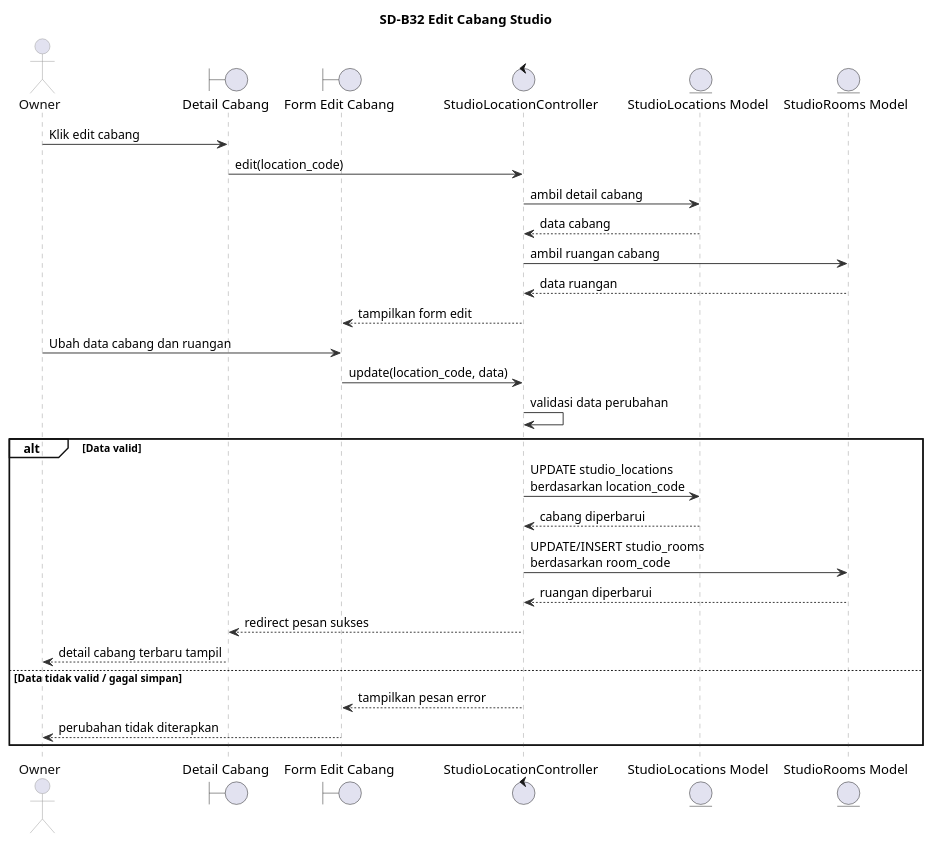
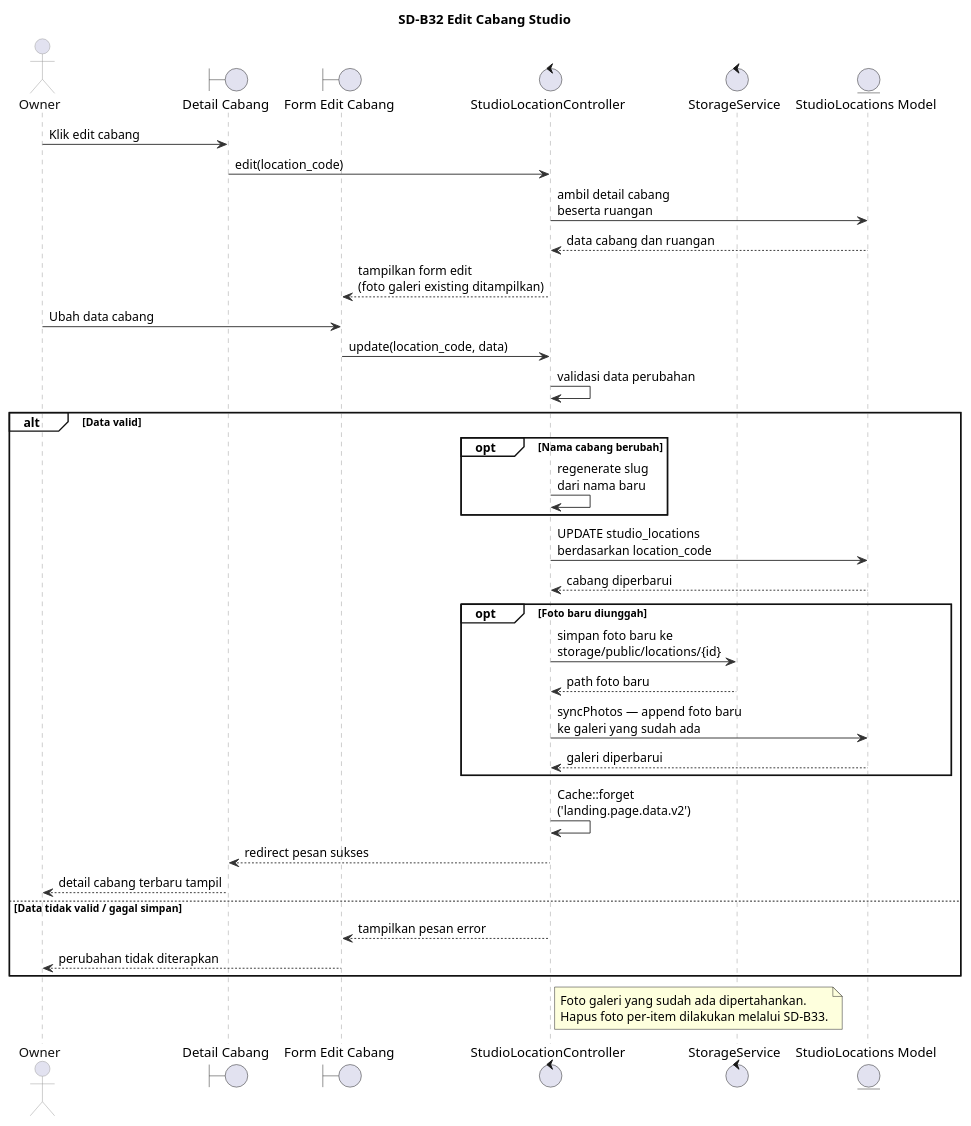
Before and after one commit to Fajrinputra/alterstudio-ta: the diagram in sequence/SD-B32.puml, drawn with PlantUML. The commit also changed 8 other files, not shown here.

```diff
--- a/sequence/SD-B32.puml
+++ b/sequence/SD-B32.puml
@@ -1,50 +1,61 @@
 @startuml
 title SD-B32 Edit Cabang Studio
 
 skinparam backgroundColor white
 skinparam shadowing false
 skinparam BoxPadding 4
 skinparam sequence {
     ArrowColor #333333
     LifeLineBorderColor #999999
     LifeLineBackgroundColor white
     ParticipantBorderColor #999999
     ParticipantBackgroundColor #ECEEF8
     ParticipantFontColor #111111
     ActorBorderColor #999999
     ActorFontColor #111111
     GroupBorderColor #111111
     GroupBackgroundColor transparent
 }
 
 actor "Owner" as Owner
 boundary "Detail Cabang" as DetailCabang
 boundary "Form Edit Cabang" as FormEdit
 control "StudioLocationController" as StudioLocationController
+control "StorageService" as StorageService
 entity "StudioLocations Model" as StudioLocation
-entity "StudioRooms Model" as StudioRoom
 
 Owner -> DetailCabang : Klik edit cabang
 DetailCabang -> StudioLocationController : edit(location_code)
-StudioLocationController -> StudioLocation : ambil detail cabang
-StudioLocation --> StudioLocationController : data cabang
-StudioLocationController -> StudioRoom : ambil ruangan cabang
-StudioRoom --> StudioLocationController : data ruangan
-StudioLocationController --> FormEdit : tampilkan form edit
-Owner -> FormEdit : Ubah data cabang dan ruangan
+StudioLocationController -> StudioLocation : ambil detail cabang\nbeserta ruangan
+StudioLocation --> StudioLocationController : data cabang dan ruangan
+StudioLocationController --> FormEdit : tampilkan form edit\n(foto galeri existing ditampilkan)
+Owner -> FormEdit : Ubah data cabang
 FormEdit -> StudioLocationController : update(location_code, data)
 StudioLocationController -> StudioLocationController : validasi data perubahan
 
 alt Data valid
+    opt Nama cabang berubah
+        StudioLocationController -> StudioLocationController : regenerate slug\ndari nama baru
+    end
     StudioLocationController -> StudioLocation : UPDATE studio_locations\nberdasarkan location_code
     StudioLocation --> StudioLocationController : cabang diperbarui
-    StudioLocationController -> StudioRoom : UPDATE/INSERT studio_rooms\nberdasarkan room_code
-    StudioRoom --> StudioLocationController : ruangan diperbarui
+    opt Foto baru diunggah
+        StudioLocationController -> StorageService : simpan foto baru ke\nstorage/public/locations/{id}
+        StorageService --> StudioLocationController : path foto baru
+        StudioLocationController -> StudioLocation : syncPhotos — append foto baru\nke galeri yang sudah ada
+        StudioLocation --> StudioLocationController : galeri diperbarui
+    end
+    StudioLocationController -> StudioLocationController : Cache::forget\n('landing.page.data.v2')
     StudioLocationController --> DetailCabang : redirect pesan sukses
     DetailCabang --> Owner : detail cabang terbaru tampil
 else Data tidak valid / gagal simpan
     StudioLocationController --> FormEdit : tampilkan pesan error
     FormEdit --> Owner : perubahan tidak diterapkan
 end
 
+note right of StudioLocationController
+  Foto galeri yang sudah ada dipertahankan.
+  Hapus foto per-item dilakukan melalui SD-B33.
+end note
+
 @enduml
```
